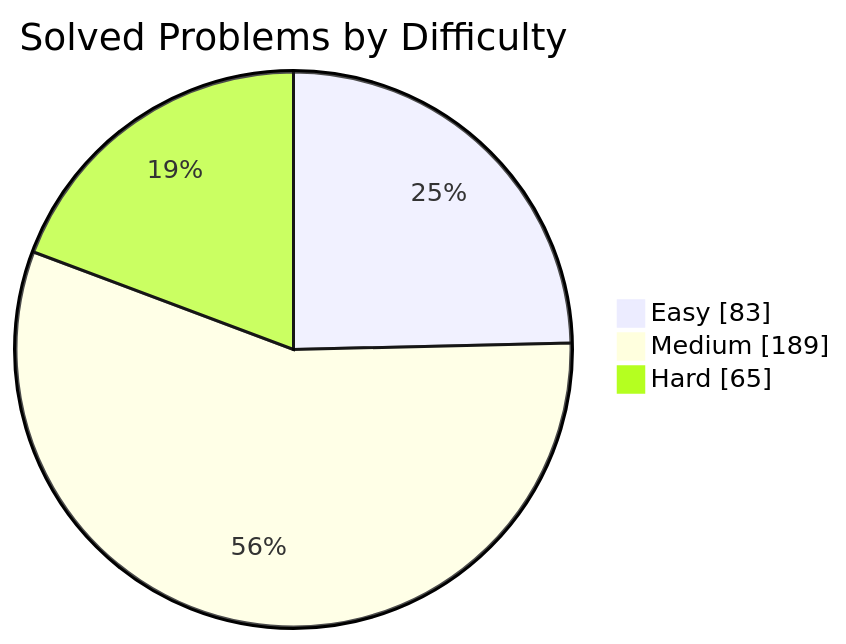
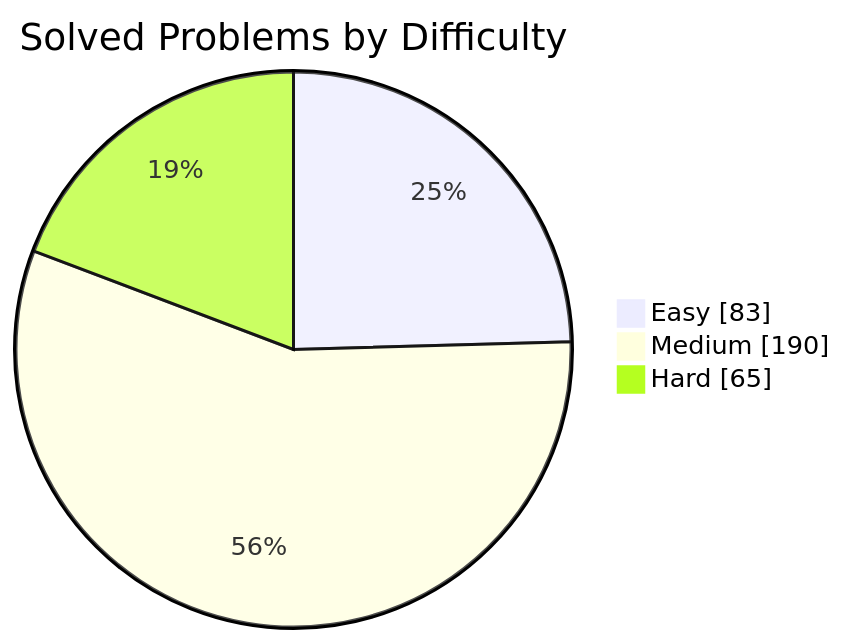
The first of 2 diagrams in README.md (manikantbindass/DSA-Preparation-FAANG), drawn with Mermaid before and after one commit. The commit also changed other lines of this file and 1 other file, not shown here.

````diff
--- a/README.md
+++ b/README.md
@@ -77,7 +77,7 @@
 ```mermaid
 pie showData
     title Solved Problems by Difficulty
     "Easy" : 83
-    "Medium" : 189
+    "Medium" : 190
     "Hard" : 65
 ```
````
